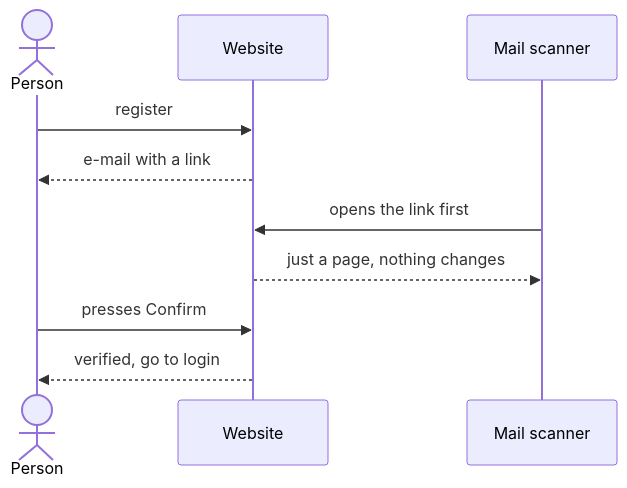
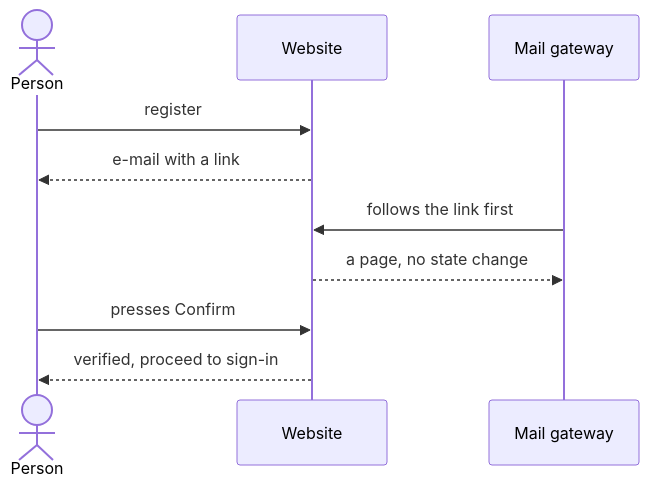
The diagram in docs/walkthrough/07-accounts-and-security.md (McMaster-Battery-Research-Group/battery-soc-benchmark), drawn with Mermaid before and after one commit. The commit also changed other lines of this file and 22 other files, not shown here.

````diff
--- a/docs/walkthrough/07-accounts-and-security.md
+++ b/docs/walkthrough/07-accounts-and-security.md
@@ -10,12 +10,12 @@
 ```mermaid
 sequenceDiagram
     actor P as Person
     participant W as Website
-    participant M as Mail scanner
+    participant M as Mail gateway
     P->>W: register
     W-->>P: e-mail with a link
-    M->>W: opens the link first
-    W-->>M: just a page, nothing changes
+    M->>W: follows the link first
+    W-->>M: a page, no state change
     P->>W: presses Confirm
-    W-->>P: verified, go to login
+    W-->>P: verified, proceed to sign-in
 ```
````
